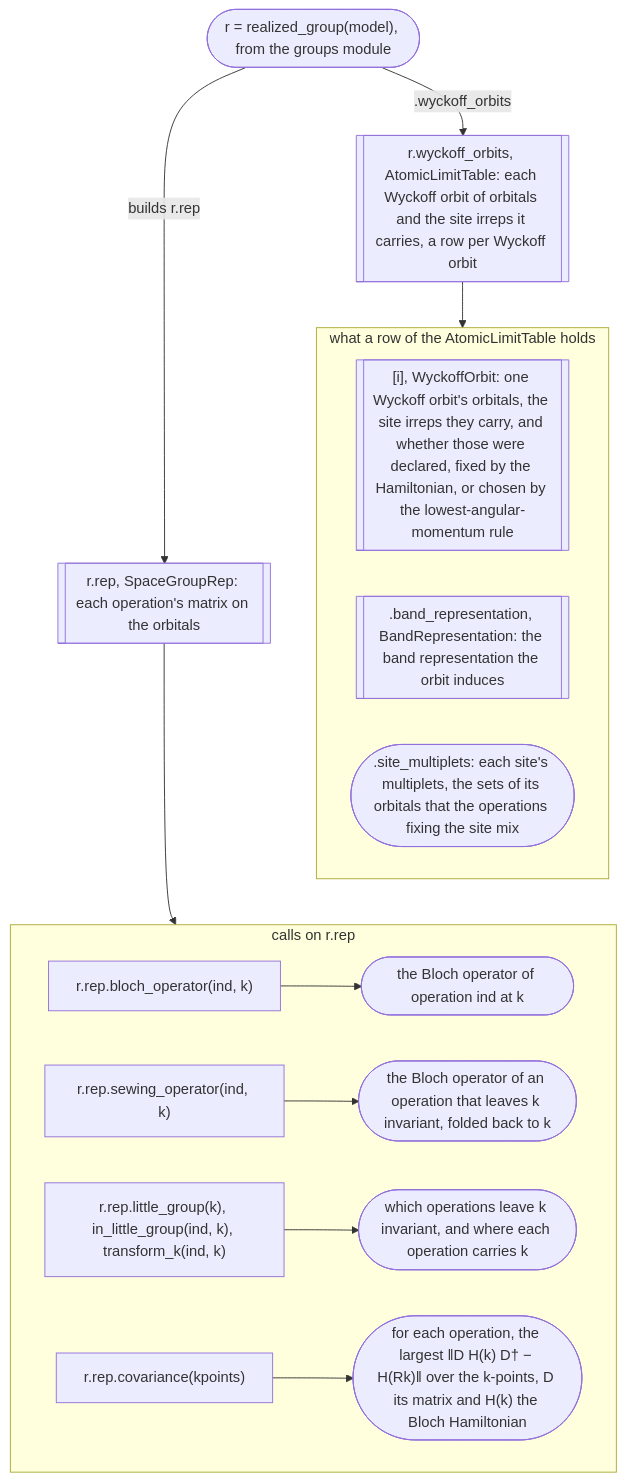
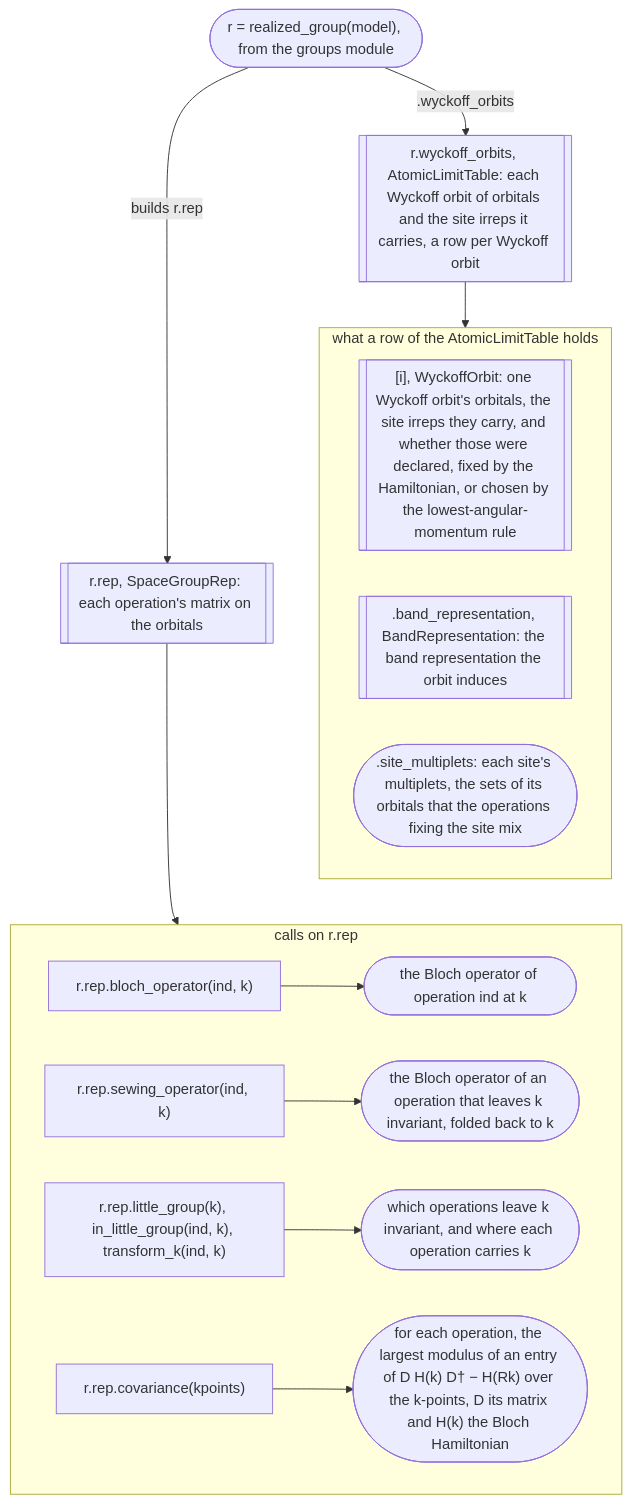
The third of 8 diagrams in docs/background/modules.md (bbradlyn/pythtqc), drawn with Mermaid before and after one commit. The commit also changed other lines of this file and 12 other files, not shown here.

````diff
--- a/docs/background/modules.md
+++ b/docs/background/modules.md
@@ -120,27 +120,27 @@
 ```mermaid
 flowchart TD
     s_realized(["r = realized_group(model), from the groups module"])
     s_rep[["r.rep, SpaceGroupRep: each operation's matrix on the orbitals"]]
     s_table[["r.wyckoff_orbits, AtomicLimitTable: each Wyckoff orbit of orbitals and the site irreps it carries, a row per Wyckoff orbit"]]
 
     s_realized -- "builds r.rep" --> s_rep
     s_realized -- ".wyckoff_orbits" --> s_table
     s_table --> s_parts
     s_rep --> s_calls
     s_parts ~~~ s_calls
 
     subgraph s_parts ["what a row of the AtomicLimitTable holds"]
         direction LR
         s_row[["[i], WyckoffOrbit: one Wyckoff orbit's orbitals, the site irreps they carry, and whether those were declared, fixed by the Hamiltonian, or chosen by the lowest-angular-momentum rule"]]
         s_br[[".band_representation, BandRepresentation: the band representation the orbit induces"]]
         s_mult([".site_multiplets: each site's multiplets, the sets of its orbitals that the operations fixing the site mix"])
     end
 
     subgraph s_calls ["calls on r.rep"]
         direction LR
         s_bloch["r.rep.bloch_operator(ind, k)"] --> s_bloch_out(["the Bloch operator of operation ind at k"])
         s_sew["r.rep.sewing_operator(ind, k)"] --> s_sew_out(["the Bloch operator of an operation that leaves k invariant, folded back to k"])
         s_little["r.rep.little_group(k), in_little_group(ind, k), transform_k(ind, k)"] --> s_little_out(["which operations leave k invariant, and where each operation carries k"])
-        s_cov["r.rep.covariance(kpoints)"] --> s_cov_out(["for each operation, the largest ‖D H(k) D† − H(Rk)‖ over the k-points, D its matrix and H(k) the Bloch Hamiltonian"])
+        s_cov["r.rep.covariance(kpoints)"] --> s_cov_out(["for each operation, the largest modulus of an entry of D H(k) D† − H(Rk) over the k-points, D its matrix and H(k) the Bloch Hamiltonian"])
     end
 ```
````
